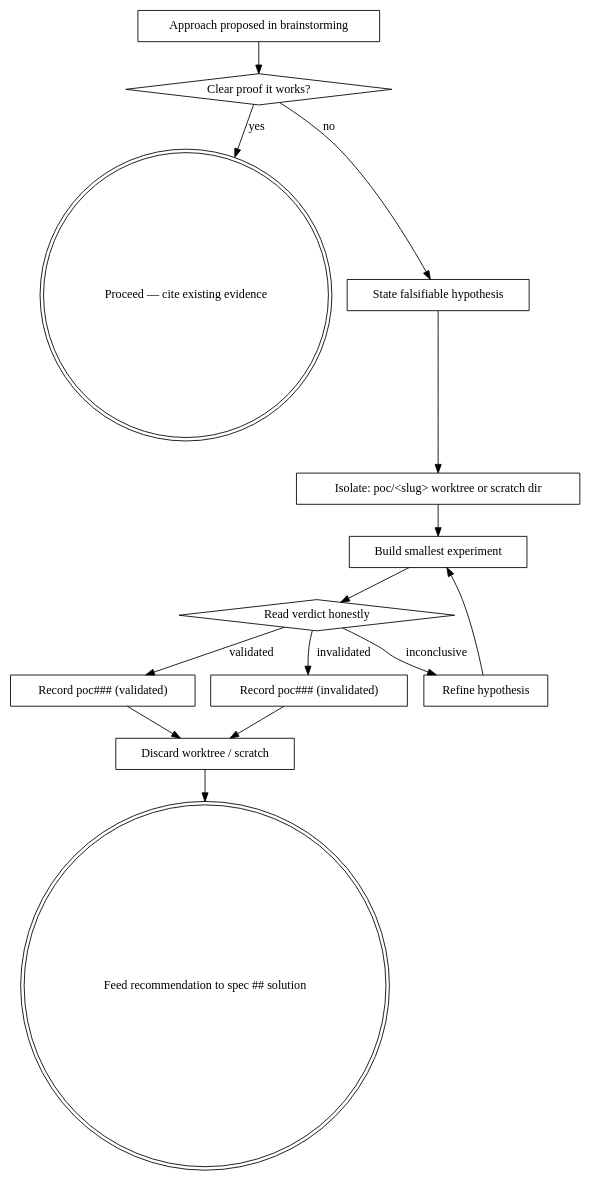
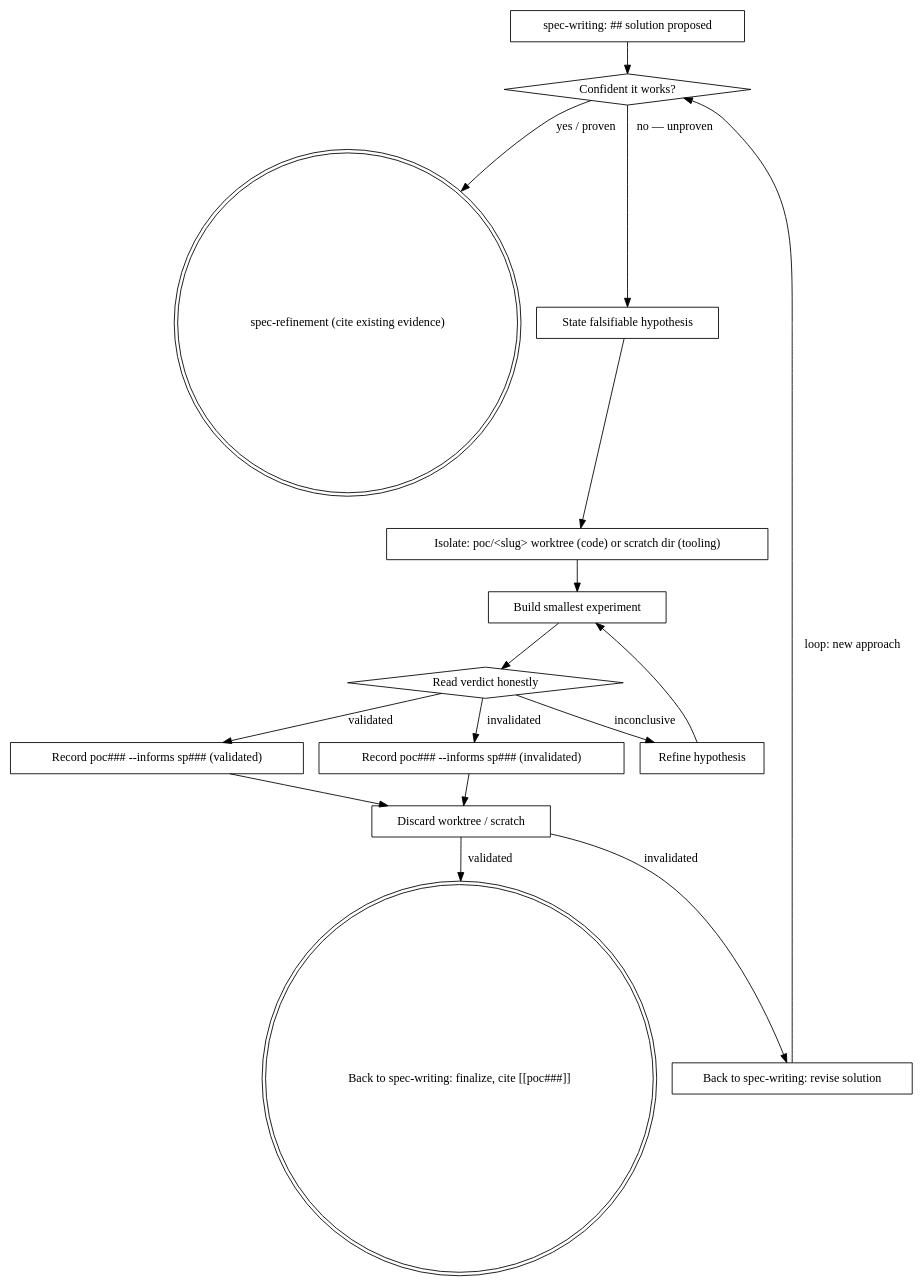
The diagram in claude/marketplace/plugins/infinifu/skills/idea-poc/SKILL.md (b3tchi/dotfiles), drawn with Graphviz before and after one commit. The commit also changed other lines of this file and 5 other files, not shown here.

````diff
--- a/claude/marketplace/plugins/infinifu/skills/idea-poc/SKILL.md
+++ b/claude/marketplace/plugins/infinifu/skills/idea-poc/SKILL.md
@@ -223,30 +240,33 @@
 ```dot
 digraph idea_poc {
-    "Approach proposed in brainstorming" [shape=box];
-    "Clear proof it works?" [shape=diamond];
-    "Proceed — cite existing evidence" [shape=doublecircle];
+    "spec-writing: ## solution proposed" [shape=box];
+    "Confident it works?" [shape=diamond];
+    "spec-refinement (cite existing evidence)" [shape=doublecircle];
     "State falsifiable hypothesis" [shape=box];
-    "Isolate: poc/<slug> worktree or scratch dir" [shape=box];
+    "Isolate: poc/<slug> worktree (code) or scratch dir (tooling)" [shape=box];
     "Build smallest experiment" [shape=box];
     "Read verdict honestly" [shape=diamond];
-    "Record poc### (validated)" [shape=box];
-    "Record poc### (invalidated)" [shape=box];
+    "Record poc### --informs sp### (validated)" [shape=box];
+    "Record poc### --informs sp### (invalidated)" [shape=box];
     "Refine hypothesis" [shape=box];
     "Discard worktree / scratch" [shape=box];
-    "Feed recommendation to spec ## solution" [shape=doublecircle];
+    "Back to spec-writing: finalize, cite [[poc###]]" [shape=doublecircle];
+    "Back to spec-writing: revise solution" [shape=box];
 
-    "Approach proposed in brainstorming" -> "Clear proof it works?";
-    "Clear proof it works?" -> "Proceed — cite existing evidence" [label="yes"];
-    "Clear proof it works?" -> "State falsifiable hypothesis" [label="no"];
-    "State falsifiable hypothesis" -> "Isolate: poc/<slug> worktree or scratch dir";
-    "Isolate: poc/<slug> worktree or scratch dir" -> "Build smallest experiment";
+    "spec-writing: ## solution proposed" -> "Confident it works?";
+    "Confident it works?" -> "spec-refinement (cite existing evidence)" [label="yes / proven"];
+    "Confident it works?" -> "State falsifiable hypothesis" [label="no — unproven"];
+    "State falsifiable hypothesis" -> "Isolate: poc/<slug> worktree (code) or scratch dir (tooling)";
+    "Isolate: poc/<slug> worktree (code) or scratch dir (tooling)" -> "Build smallest experiment";
     "Build smallest experiment" -> "Read verdict honestly";
-    "Read verdict honestly" -> "Record poc### (validated)" [label="validated"];
-    "Read verdict honestly" -> "Record poc### (invalidated)" [label="invalidated"];
+    "Read verdict honestly" -> "Record poc### --informs sp### (validated)" [label="validated"];
+    "Read verdict honestly" -> "Record poc### --informs sp### (invalidated)" [label="invalidated"];
     "Read verdict honestly" -> "Refine hypothesis" [label="inconclusive"];
     "Refine hypothesis" -> "Build smallest experiment";
-    "Record poc### (validated)" -> "Discard worktree / scratch";
-    "Record poc### (invalidated)" -> "Discard worktree / scratch";
-    "Discard worktree / scratch" -> "Feed recommendation to spec ## solution";
+    "Record poc### --informs sp### (validated)" -> "Discard worktree / scratch";
+    "Record poc### --informs sp### (invalidated)" -> "Discard worktree / scratch";
+    "Discard worktree / scratch" -> "Back to spec-writing: finalize, cite [[poc###]]" [label="validated"];
+    "Discard worktree / scratch" -> "Back to spec-writing: revise solution" [label="invalidated"];
+    "Back to spec-writing: revise solution" -> "Confident it works?" [label="loop: new approach"];
 }
 ```
````
